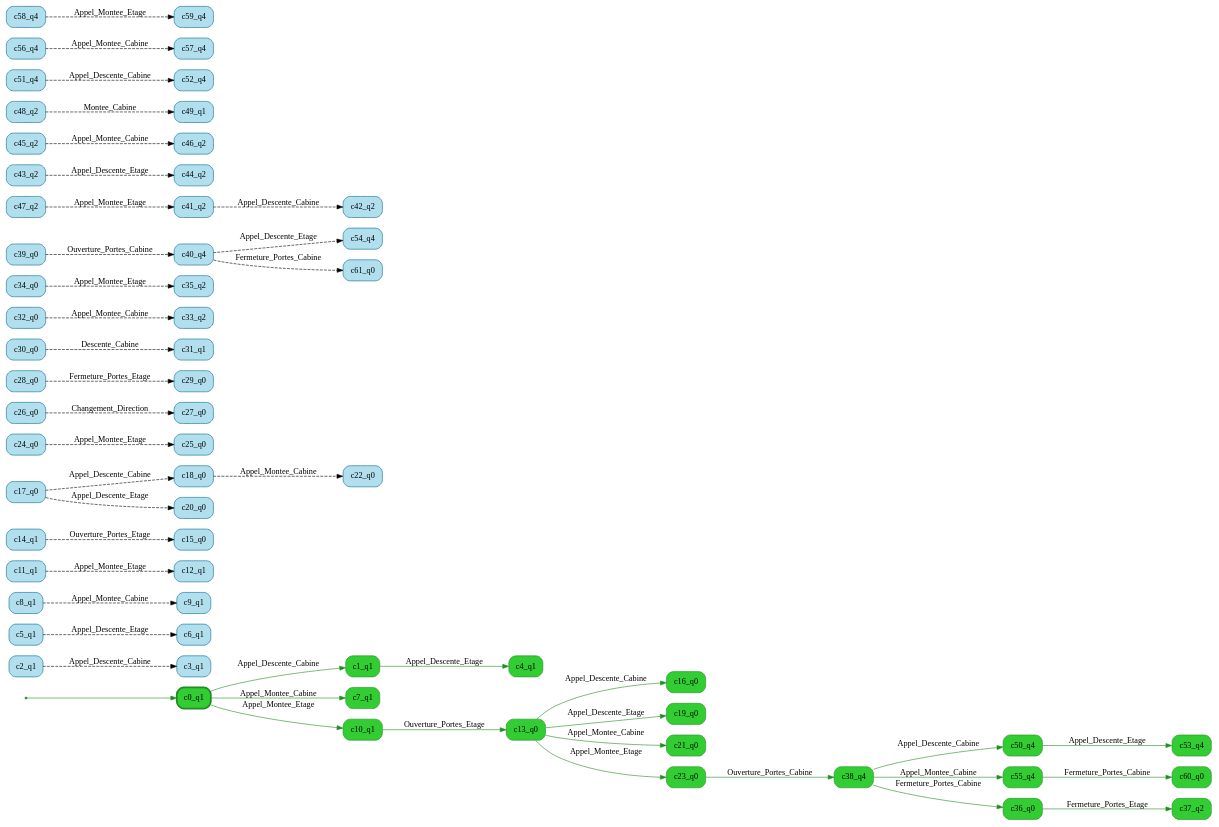
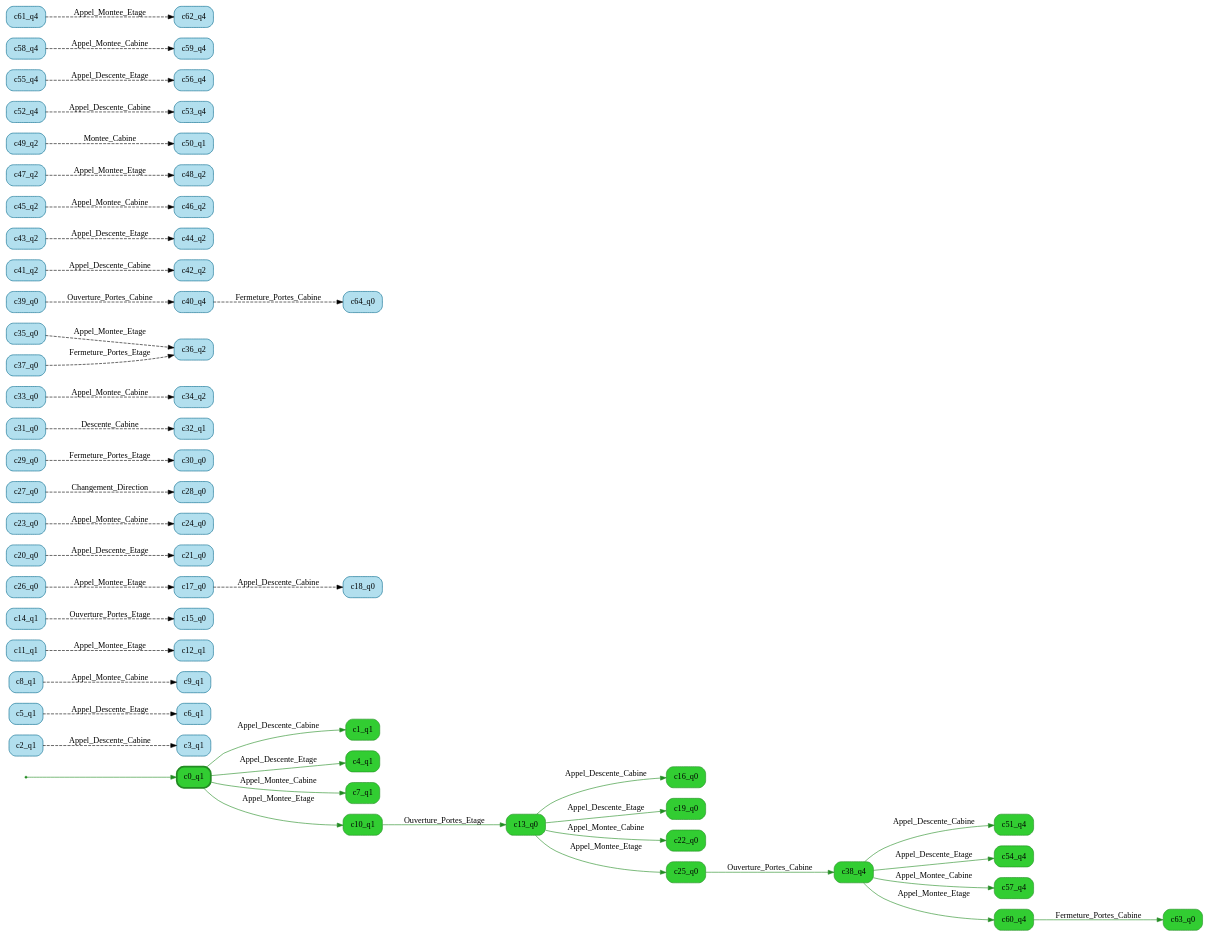
Before and after one commit to stratosphr/stratest2: the diagram in resources/results/elevator/1_rel/dot/cxp_small.dot, drawn with Graphviz. The commit also changed 96 other files, not shown here.

```diff
--- a/resources/results/elevator/1_rel/dot/cxp_small.dot
+++ b/resources/results/elevator/1_rel/dot/cxp_small.dot
@@ -11,15 +11,14 @@
 	c13_q0[label="c13_q0", shape="box", style="rounded, filled", color="forestgreen", fillcolor="limegreen"]
 	c16_q0[label="c16_q0", shape="box", style="rounded, filled", color="forestgreen", fillcolor="limegreen"]
 	c19_q0[label="c19_q0", shape="box", style="rounded, filled", color="forestgreen", fillcolor="limegreen"]
-	c21_q0[label="c21_q0", shape="box", style="rounded, filled", color="forestgreen", fillcolor="limegreen"]
-	c23_q0[label="c23_q0", shape="box", style="rounded, filled", color="forestgreen", fillcolor="limegreen"]
+	c22_q0[label="c22_q0", shape="box", style="rounded, filled", color="forestgreen", fillcolor="limegreen"]
+	c25_q0[label="c25_q0", shape="box", style="rounded, filled", color="forestgreen", fillcolor="limegreen"]
 	c38_q4[label="c38_q4", shape="box", style="rounded, filled", color="forestgreen", fillcolor="limegreen"]
-	c50_q4[label="c50_q4", shape="box", style="rounded, filled", color="forestgreen", fillcolor="limegreen"]
-	c53_q4[label="c53_q4", shape="box", style="rounded, filled", color="forestgreen", fillcolor="limegreen"]
-	c55_q4[label="c55_q4", shape="box", style="rounded, filled", color="forestgreen", fillcolor="limegreen"]
-	c60_q0[label="c60_q0", shape="box", style="rounded, filled", color="forestgreen", fillcolor="limegreen"]
-	c36_q0[label="c36_q0", shape="box", style="rounded, filled", color="forestgreen", fillcolor="limegreen"]
-	c37_q2[label="c37_q2", shape="box", style="rounded, filled", color="forestgreen", fillcolor="limegreen"]
+	c51_q4[label="c51_q4", shape="box", style="rounded, filled", color="forestgreen", fillcolor="limegreen"]
+	c54_q4[label="c54_q4", shape="box", style="rounded, filled", color="forestgreen", fillcolor="limegreen"]
+	c57_q4[label="c57_q4", shape="box", style="rounded, filled", color="forestgreen", fillcolor="limegreen"]
+	c60_q4[label="c60_q4", shape="box", style="rounded, filled", color="forestgreen", fillcolor="limegreen"]
+	c63_q0[label="c63_q0", shape="box", style="rounded, filled", color="forestgreen", fillcolor="limegreen"]
 	c2_q1[label="c2_q1", shape="box", style="rounded, filled", color="deepskyblue4", fillcolor="lightblue2"]
 	c3_q1[label="c3_q1", shape="box", style="rounded, filled", color="deepskyblue4", fillcolor="lightblue2"]
 	c5_q1[label="c5_q1", shape="box", style="rounded, filled", color="deepskyblue4", fillcolor="lightblue2"]
@@ -33,19 +32,21 @@
 	c17_q0[label="c17_q0", shape="box", style="rounded, filled", color="deepskyblue4", fillcolor="lightblue2"]
 	c18_q0[label="c18_q0", shape="box", style="rounded, filled", color="deepskyblue4", fillcolor="lightblue2"]
 	c20_q0[label="c20_q0", shape="box", style="rounded, filled", color="deepskyblue4", fillcolor="lightblue2"]
-	c22_q0[label="c22_q0", shape="box", style="rounded, filled", color="deepskyblue4", fillcolor="lightblue2"]
+	c21_q0[label="c21_q0", shape="box", style="rounded, filled", color="deepskyblue4", fillcolor="lightblue2"]
+	c23_q0[label="c23_q0", shape="box", style="rounded, filled", color="deepskyblue4", fillcolor="lightblue2"]
 	c24_q0[label="c24_q0", shape="box", style="rounded, filled", color="deepskyblue4", fillcolor="lightblue2"]
-	c25_q0[label="c25_q0", shape="box", style="rounded, filled", color="deepskyblue4", fillcolor="lightblue2"]
 	c26_q0[label="c26_q0", shape="box", style="rounded, filled", color="deepskyblue4", fillcolor="lightblue2"]
 	c27_q0[label="c27_q0", shape="box", style="rounded, filled", color="deepskyblue4", fillcolor="lightblue2"]
 	c28_q0[label="c28_q0", shape="box", style="rounded, filled", color="deepskyblue4", fillcolor="lightblue2"]
 	c29_q0[label="c29_q0", shape="box", style="rounded, filled", color="deepskyblue4", fillcolor="lightblue2"]
 	c30_q0[label="c30_q0", shape="box", style="rounded, filled", color="deepskyblue4", fillcolor="lightblue2"]
-	c31_q1[label="c31_q1", shape="box", style="rounded, filled", color="deepskyblue4", fillcolor="lightblue2"]
-	c32_q0[label="c32_q0", shape="box", style="rounded, filled", color="deepskyblue4", fillcolor="lightblue2"]
-	c33_q2[label="c33_q2", shape="box", style="rounded, filled", color="deepskyblue4", fillcolor="lightblue2"]
-	c34_q0[label="c34_q0", shape="box", style="rounded, filled", color="deepskyblue4", fillcolor="lightblue2"]
-	c35_q2[label="c35_q2", shape="box", style="rounded, filled", color="deepskyblue4", fillcolor="lightblue2"]
+	c31_q0[label="c31_q0", shape="box", style="rounded, filled", color="deepskyblue4", fillcolor="lightblue2"]
+	c32_q1[label="c32_q1", shape="box", style="rounded, filled", color="deepskyblue4", fillcolor="lightblue2"]
+	c33_q0[label="c33_q0", shape="box", style="rounded, filled", color="deepskyblue4", fillcolor="lightblue2"]
+	c34_q2[label="c34_q2", shape="box", style="rounded, filled", color="deepskyblue4", fillcolor="lightblue2"]
+	c35_q0[label="c35_q0", shape="box", style="rounded, filled", color="deepskyblue4", fillcolor="lightblue2"]
+	c36_q2[label="c36_q2", shape="box", style="rounded, filled", color="deepskyblue4", fillcolor="lightblue2"]
+	c37_q0[label="c37_q0", shape="box", style="rounded, filled", color="deepskyblue4", fillcolor="lightblue2"]
 	c39_q0[label="c39_q0", shape="box", style="rounded, filled", color="deepskyblue4", fillcolor="lightblue2"]
 	c40_q4[label="c40_q4", shape="box", style="rounded, filled", color="deepskyblue4", fillcolor="lightblue2"]
 	c41_q2[label="c41_q2", shape="box", style="rounded, filled", color="deepskyblue4", fillcolor="lightblue2"]
@@ -56,57 +57,59 @@
 	c46_q2[label="c46_q2", shape="box", style="rounded, filled", color="deepskyblue4", fillcolor="lightblue2"]
 	c47_q2[label="c47_q2", shape="box", style="rounded, filled", color="deepskyblue4", fillcolor="lightblue2"]
 	c48_q2[label="c48_q2", shape="box", style="rounded, filled", color="deepskyblue4", fillcolor="lightblue2"]
-	c49_q1[label="c49_q1", shape="box", style="rounded, filled", color="deepskyblue4", fillcolor="lightblue2"]
-	c51_q4[label="c51_q4", shape="box", style="rounded, filled", color="deepskyblue4", fillcolor="lightblue2"]
+	c49_q2[label="c49_q2", shape="box", style="rounded, filled", color="deepskyblue4", fillcolor="lightblue2"]
+	c50_q1[label="c50_q1", shape="box", style="rounded, filled", color="deepskyblue4", fillcolor="lightblue2"]
 	c52_q4[label="c52_q4", shape="box", style="rounded, filled", color="deepskyblue4", fillcolor="lightblue2"]
-	c54_q4[label="c54_q4", shape="box", style="rounded, filled", color="deepskyblue4", fillcolor="lightblue2"]
+	c53_q4[label="c53_q4", shape="box", style="rounded, filled", color="deepskyblue4", fillcolor="lightblue2"]
+	c55_q4[label="c55_q4", shape="box", style="rounded, filled", color="deepskyblue4", fillcolor="lightblue2"]
 	c56_q4[label="c56_q4", shape="box", style="rounded, filled", color="deepskyblue4", fillcolor="lightblue2"]
-	c57_q4[label="c57_q4", shape="box", style="rounded, filled", color="deepskyblue4", fillcolor="lightblue2"]
 	c58_q4[label="c58_q4", shape="box", style="rounded, filled", color="deepskyblue4", fillcolor="lightblue2"]
 	c59_q4[label="c59_q4", shape="box", style="rounded, filled", color="deepskyblue4", fillcolor="lightblue2"]
-	c61_q0[label="c61_q0", shape="box", style="rounded, filled", color="deepskyblue4", fillcolor="lightblue2"]
+	c61_q4[label="c61_q4", shape="box", style="rounded, filled", color="deepskyblue4", fillcolor="lightblue2"]
+	c62_q4[label="c62_q4", shape="box", style="rounded, filled", color="deepskyblue4", fillcolor="lightblue2"]
+	c64_q0[label="c64_q0", shape="box", style="rounded, filled", color="deepskyblue4", fillcolor="lightblue2"]
 
 	__invisible__ -> c0_q1[color="forestgreen"]
 	c0_q1 -> c1_q1[label="Appel_Descente_Cabine", color="forestgreen"]
-	c1_q1 -> c4_q1[label="Appel_Descente_Etage", color="forestgreen"]
+	c0_q1 -> c4_q1[label="Appel_Descente_Etage", color="forestgreen"]
 	c0_q1 -> c7_q1[label="Appel_Montee_Cabine", color="forestgreen"]
 	c0_q1 -> c10_q1[label="Appel_Montee_Etage", color="forestgreen"]
 	c10_q1 -> c13_q0[label="Ouverture_Portes_Etage", color="forestgreen"]
 	c13_q0 -> c16_q0[label="Appel_Descente_Cabine", color="forestgreen"]
 	c13_q0 -> c19_q0[label="Appel_Descente_Etage", color="forestgreen"]
-	c13_q0 -> c21_q0[label="Appel_Montee_Cabine", color="forestgreen"]
-	c13_q0 -> c23_q0[label="Appel_Montee_Etage", color="forestgreen"]
-	c23_q0 -> c38_q4[label="Ouverture_Portes_Cabine", color="forestgreen"]
-	c38_q4 -> c50_q4[label="Appel_Descente_Cabine", color="forestgreen"]
-	c50_q4 -> c53_q4[label="Appel_Descente_Etage", color="forestgreen"]
-	c38_q4 -> c55_q4[label="Appel_Montee_Cabine", color="forestgreen"]
-	c55_q4 -> c60_q0[label="Fermeture_Portes_Cabine", color="forestgreen"]
-	c38_q4 -> c36_q0[label="Fermeture_Portes_Cabine", color="forestgreen"]
-	c36_q0 -> c37_q2[label="Fermeture_Portes_Etage", color="forestgreen"]
+	c13_q0 -> c22_q0[label="Appel_Montee_Cabine", color="forestgreen"]
+	c13_q0 -> c25_q0[label="Appel_Montee_Etage", color="forestgreen"]
+	c25_q0 -> c38_q4[label="Ouverture_Portes_Cabine", color="forestgreen"]
+	c38_q4 -> c51_q4[label="Appel_Descente_Cabine", color="forestgreen"]
+	c38_q4 -> c54_q4[label="Appel_Descente_Etage", color="forestgreen"]
+	c38_q4 -> c57_q4[label="Appel_Montee_Cabine", color="forestgreen"]
+	c38_q4 -> c60_q4[label="Appel_Montee_Etage", color="forestgreen"]
+	c60_q4 -> c63_q0[label="Fermeture_Portes_Cabine", color="forestgreen"]
 	c2_q1 -> c3_q1[label="Appel_Descente_Cabine", color="black", style="dashed"]
 	c5_q1 -> c6_q1[label="Appel_Descente_Etage", color="black", style="dashed"]
 	c8_q1 -> c9_q1[label="Appel_Montee_Cabine", color="black", style="dashed"]
 	c11_q1 -> c12_q1[label="Appel_Montee_Etage", color="black", style="dashed"]
 	c14_q1 -> c15_q0[label="Ouverture_Portes_Etage", color="black", style="dashed"]
 	c17_q0 -> c18_q0[label="Appel_Descente_Cabine", color="black", style="dashed"]
-	c17_q0 -> c20_q0[label="Appel_Descente_Etage", color="black", style="dashed"]
-	c18_q0 -> c22_q0[label="Appel_Montee_Cabine", color="black", style="dashed"]
-	c24_q0 -> c25_q0[label="Appel_Montee_Etage", color="black", style="dashed"]
-	c26_q0 -> c27_q0[label="Changement_Direction", color="black", style="dashed"]
-	c28_q0 -> c29_q0[label="Fermeture_Portes_Etage", color="black", style="dashed"]
-	c30_q0 -> c31_q1[label="Descente_Cabine", color="black", style="dashed"]
-	c32_q0 -> c33_q2[label="Appel_Montee_Cabine", color="black", style="dashed"]
-	c34_q0 -> c35_q2[label="Appel_Montee_Etage", color="black", style="dashed"]
+	c20_q0 -> c21_q0[label="Appel_Descente_Etage", color="black", style="dashed"]
+	c23_q0 -> c24_q0[label="Appel_Montee_Cabine", color="black", style="dashed"]
+	c26_q0 -> c17_q0[label="Appel_Montee_Etage", color="black", style="dashed"]
+	c27_q0 -> c28_q0[label="Changement_Direction", color="black", style="dashed"]
+	c29_q0 -> c30_q0[label="Fermeture_Portes_Etage", color="black", style="dashed"]
+	c31_q0 -> c32_q1[label="Descente_Cabine", color="black", style="dashed"]
+	c33_q0 -> c34_q2[label="Appel_Montee_Cabine", color="black", style="dashed"]
+	c35_q0 -> c36_q2[label="Appel_Montee_Etage", color="black", style="dashed"]
+	c37_q0 -> c36_q2[label="Fermeture_Portes_Etage", color="black", style="dashed"]
 	c39_q0 -> c40_q4[label="Ouverture_Portes_Cabine", color="black", style="dashed"]
 	c41_q2 -> c42_q2[label="Appel_Descente_Cabine", color="black", style="dashed"]
 	c43_q2 -> c44_q2[label="Appel_Descente_Etage", color="black", style="dashed"]
 	c45_q2 -> c46_q2[label="Appel_Montee_Cabine", color="black", style="dashed"]
-	c47_q2 -> c41_q2[label="Appel_Montee_Etage", color="black", style="dashed"]
-	c48_q2 -> c49_q1[label="Montee_Cabine", color="black", style="dashed"]
-	c51_q4 -> c52_q4[label="Appel_Descente_Cabine", color="black", style="dashed"]
-	c40_q4 -> c54_q4[label="Appel_Descente_Etage", color="black", style="dashed"]
-	c56_q4 -> c57_q4[label="Appel_Montee_Cabine", color="black", style="dashed"]
-	c58_q4 -> c59_q4[label="Appel_Montee_Etage", color="black", style="dashed"]
-	c40_q4 -> c61_q0[label="Fermeture_Portes_Cabine", color="black", style="dashed"]
+	c47_q2 -> c48_q2[label="Appel_Montee_Etage", color="black", style="dashed"]
+	c49_q2 -> c50_q1[label="Montee_Cabine", color="black", style="dashed"]
+	c52_q4 -> c53_q4[label="Appel_Descente_Cabine", color="black", style="dashed"]
+	c55_q4 -> c56_q4[label="Appel_Descente_Etage", color="black", style="dashed"]
+	c58_q4 -> c59_q4[label="Appel_Montee_Cabine", color="black", style="dashed"]
+	c61_q4 -> c62_q4[label="Appel_Montee_Etage", color="black", style="dashed"]
+	c40_q4 -> c64_q0[label="Fermeture_Portes_Cabine", color="black", style="dashed"]
 
 }
```
